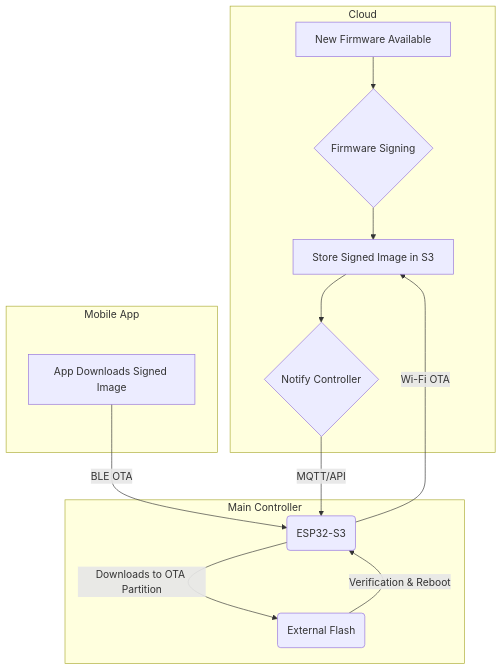
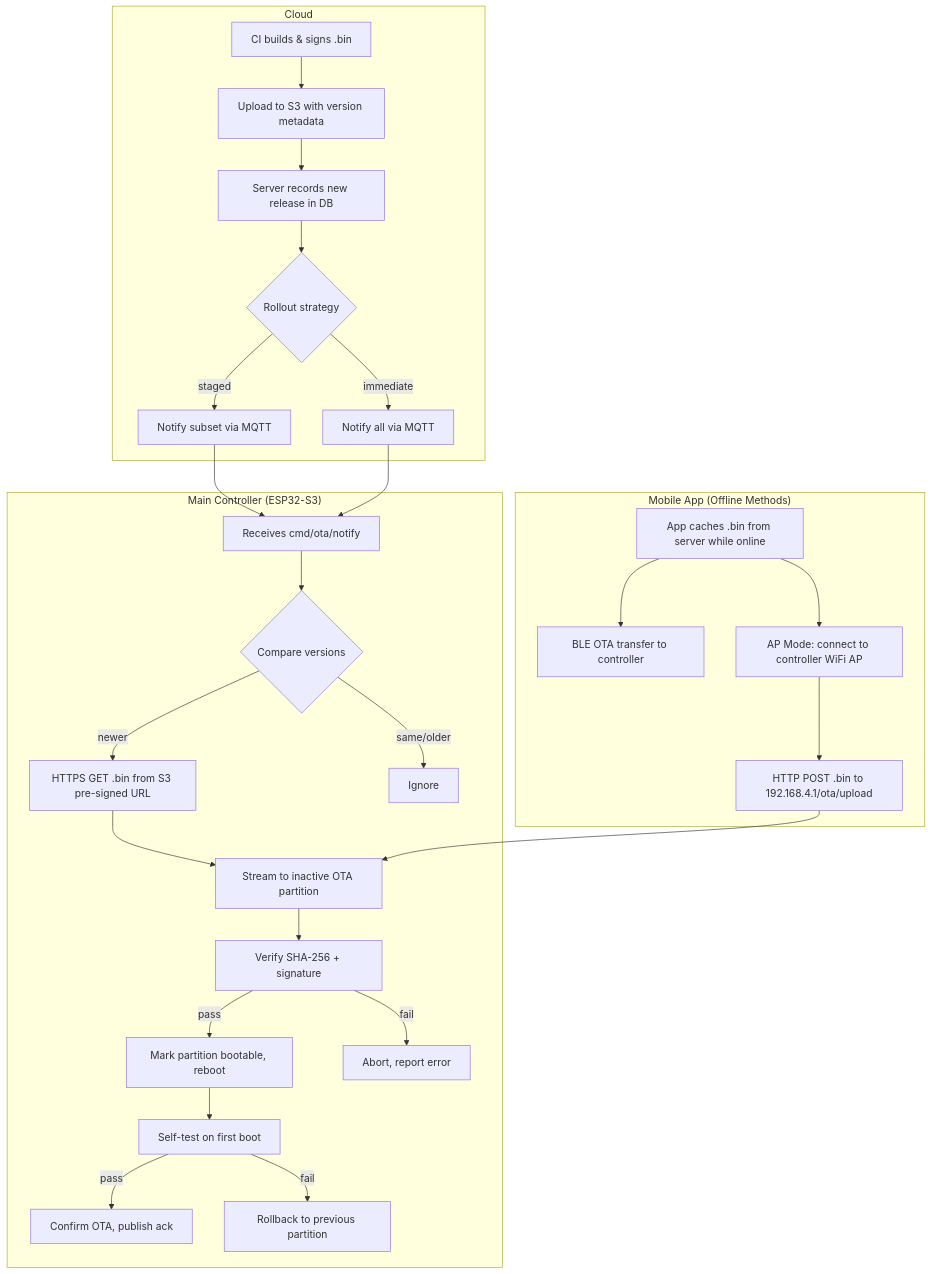
The diagram in docs/design/ota-firmware-update-architecture.md (mitchellch/azul-v2), drawn with Mermaid before and after one commit. The commit also changed other lines of this file and 66 other files, not shown here.

````diff
--- a/docs/design/ota-firmware-update-architecture.md
+++ b/docs/design/ota-firmware-update-architecture.md
@@ -16,22 +18,35 @@
 ```mermaid
 graph TD
     subgraph Cloud
-        A[New Firmware Available] --> B{Firmware Signing};
-        B --> C[Store Signed Image in S3];
-        C --> D{Notify Controller};
-    end
-    subgraph "Main Controller"
-        E(ESP32-S3);
-        F(External Flash);
-    end
-    subgraph "Mobile App"
-        G[App Downloads Signed Image]
+        A[CI builds & signs .bin] --> B[Upload to S3 with version metadata]
+        B --> C[Server records new release in DB]
+        C --> D{Rollout strategy}
+        D -->|staged| E[Notify subset via MQTT]
+        D -->|immediate| F[Notify all via MQTT]
     end
 
-    D -- "MQTT/API" --> E;
-    E -- "Wi-Fi OTA" --> C;
-    E -- "Downloads to OTA Partition" --> F;
-    F -- "Verification & Reboot" --> E;
-    
-    G -- "BLE OTA" --> E;
+    subgraph "Main Controller (ESP32-S3)"
+        G[Receives cmd/ota/notify]
+        G --> H{Compare versions}
+        H -->|newer| I[HTTPS GET .bin from S3 pre-signed URL]
+        H -->|same/older| J[Ignore]
+        I --> K[Stream to inactive OTA partition]
+        K --> L[Verify SHA-256 + signature]
+        L -->|pass| M[Mark partition bootable, reboot]
+        L -->|fail| N[Abort, report error]
+        M --> O[Self-test on first boot]
+        O -->|pass| P[Confirm OTA, publish ack]
+        O -->|fail| Q[Rollback to previous partition]
+    end
+
+    subgraph "Mobile App (Offline Methods)"
+        R[App caches .bin from server while online]
+        R --> S[BLE OTA transfer to controller]
+        R --> T[AP Mode: connect to controller WiFi AP]
+        T --> U[HTTP POST .bin to 192.168.4.1/ota/upload]
+    end
+
+    E --> G
+    F --> G
+    U --> K
 ```
````
